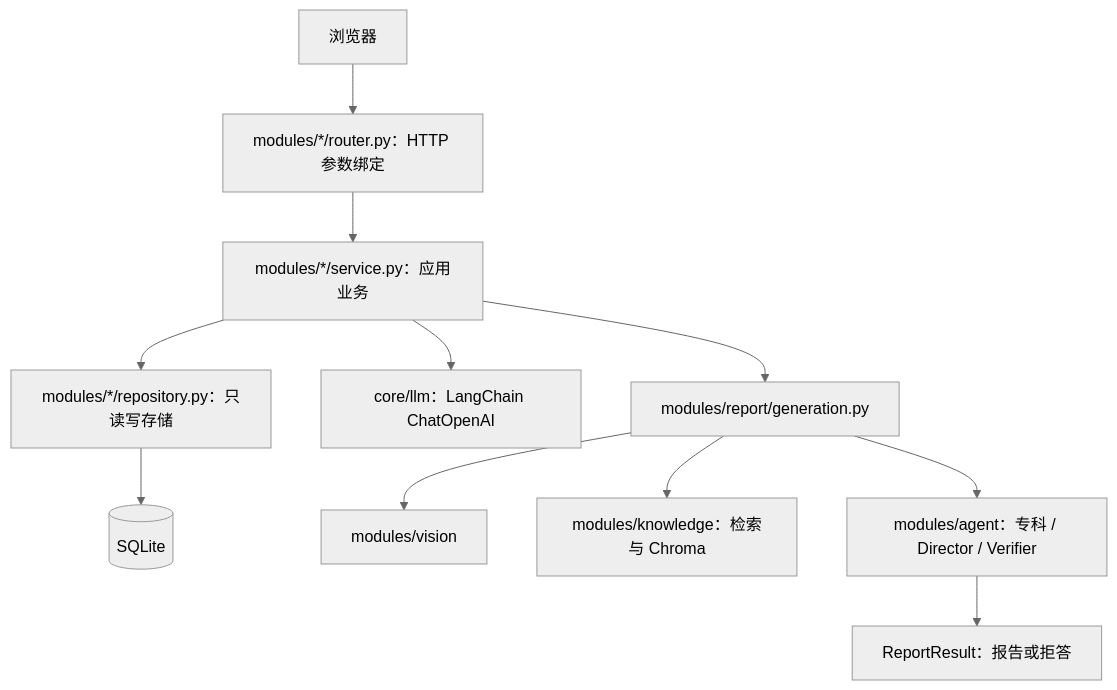
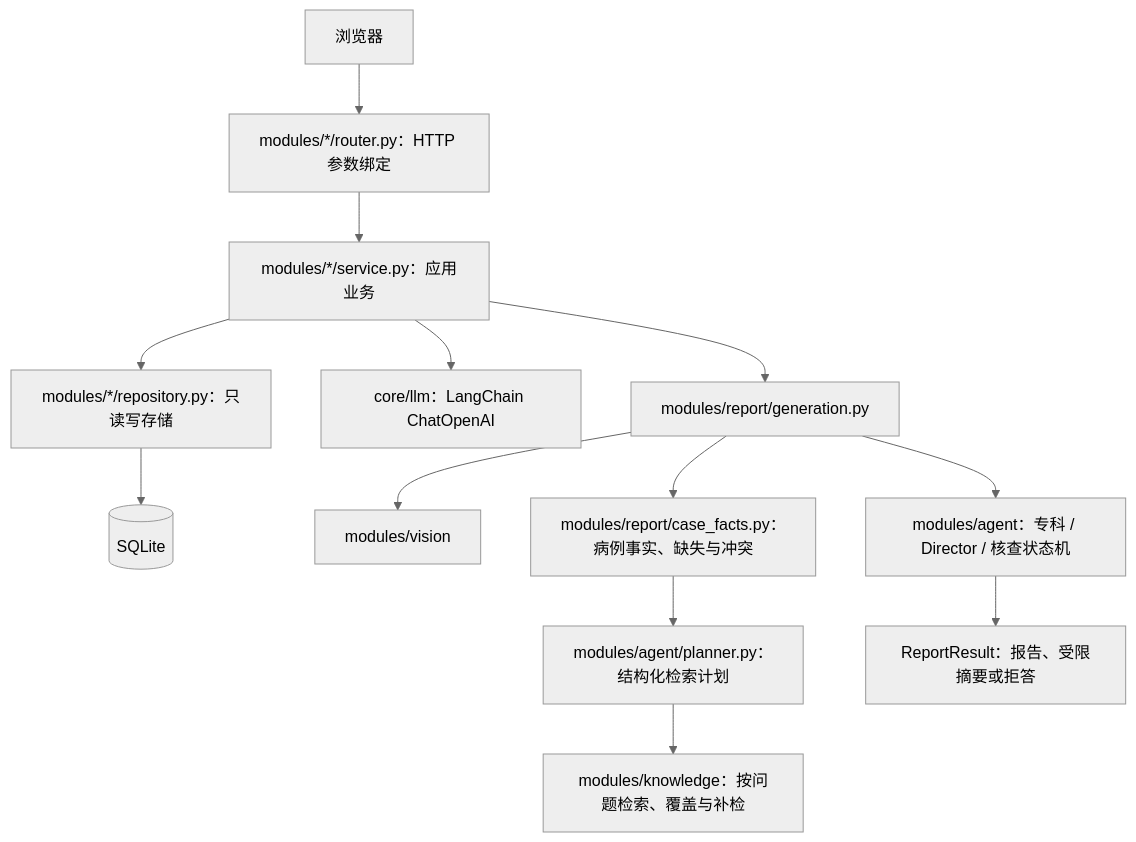
The diagram in docs/ARCHITECTURE.md (tpTwof/OcuPanel), drawn with Mermaid (neutral theme) before and after one commit. The commit also changed other lines of this file and 66 other files, not shown here.

````diff
--- a/docs/ARCHITECTURE.md
+++ b/docs/ARCHITECTURE.md
@@ -40,13 +41,15 @@
 ```mermaid
 flowchart TD
   Browser[浏览器] --> Router[modules/*/router.py：HTTP 参数绑定]
   Router --> Service[modules/*/service.py：应用业务]
   Service --> Repo[modules/*/repository.py：只读写存储]
   Repo --> DB[(SQLite)]
   Service --> LLM[core/llm：LangChain ChatOpenAI]
   Service --> Report[modules/report/generation.py]
   Report --> Vision[modules/vision]
-  Report --> Knowledge[modules/knowledge：检索与 Chroma]
-  Report --> Agent[modules/agent：专科 / Director / Verifier]
-  Agent --> Result[ReportResult：报告或拒答]
+  Report --> Facts[modules/report/case_facts.py：病例事实、缺失与冲突]
+  Facts --> Plan[modules/agent/planner.py：结构化检索计划]
+  Plan --> Knowledge[modules/knowledge：按问题检索、覆盖与补检]
+  Report --> Agent[modules/agent：专科 / Director / 核查状态机]
+  Agent --> Result[ReportResult：报告、受限摘要或拒答]
 ```
````
